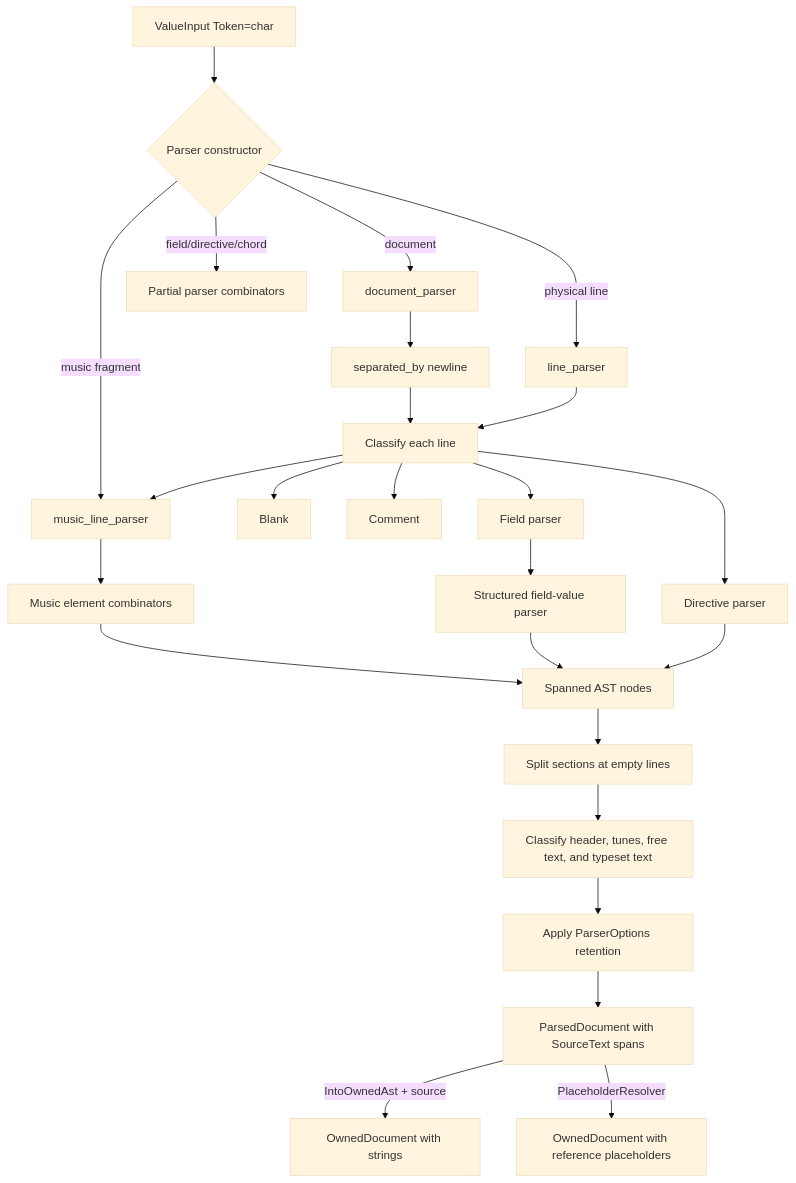
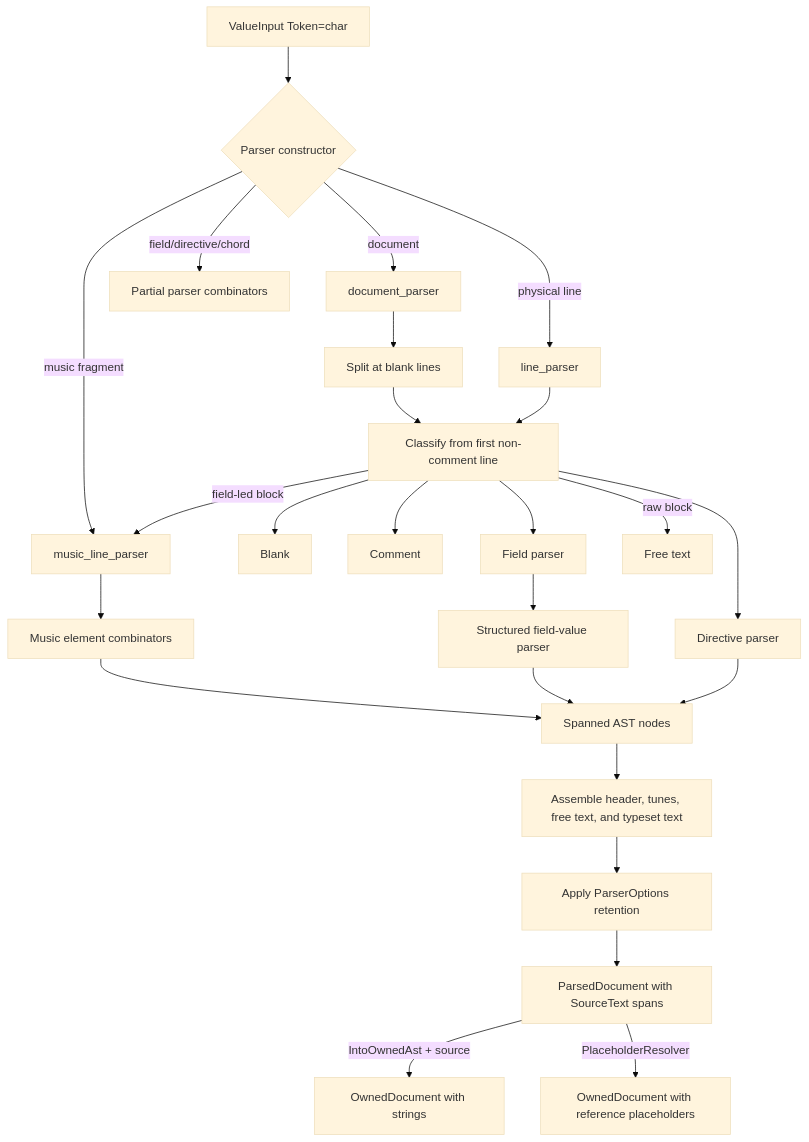
One commit to mauricebarnum/abc-parser changed the first of 4 diagrams in docs/architecture.md. Above: the diagram before and after it, drawn with Mermaid (base theme). The commit also changed other lines of this file and 6 other files, not shown here.

````diff
--- a/docs/architecture.md
+++ b/docs/architecture.md
@@ -34,27 +35,27 @@
 ```mermaid
 flowchart TD
     source["ValueInput Token=char"] --> entry{Parser constructor}
     entry -->|document| recovering[document_parser]
     entry -->|physical line| line[line_parser]
     entry -->|music fragment| music[music_line_parser]
     entry -->|field/directive/chord| partial[Partial parser combinators]
-    recovering --> split[separated_by newline]
-    split --> classify[Classify each line]
+    recovering --> split[Split at blank lines]
+    split --> classify[Classify from first non-comment line]
     line --> classify
     classify --> blank[Blank]
     classify --> comment[Comment]
     classify --> directive[Directive parser]
     classify --> field[Field parser]
-    classify --> music
+    classify -->|field-led block| music
+    classify -->|raw block| free[Free text]
     field --> field_value[Structured field-value parser]
     music --> elements[Music element combinators]
     elements --> ast[Spanned AST nodes]
     field_value --> ast
     directive --> ast
-    ast --> group[Split sections at empty lines]
-    group --> ordered[Classify header, tunes, free text, and typeset text]
+    ast --> ordered[Assemble header, tunes, free text, and typeset text]
     ordered --> filter[Apply ParserOptions retention]
     filter --> parsed[ParsedDocument with SourceText spans]
     parsed -->|IntoOwnedAst + source| owned[OwnedDocument with strings]
     parsed -->|PlaceholderResolver| detached[OwnedDocument with reference placeholders]
 ```
````
